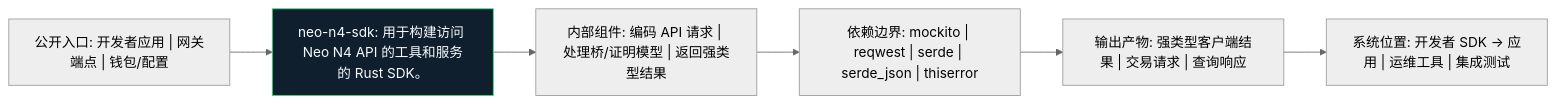
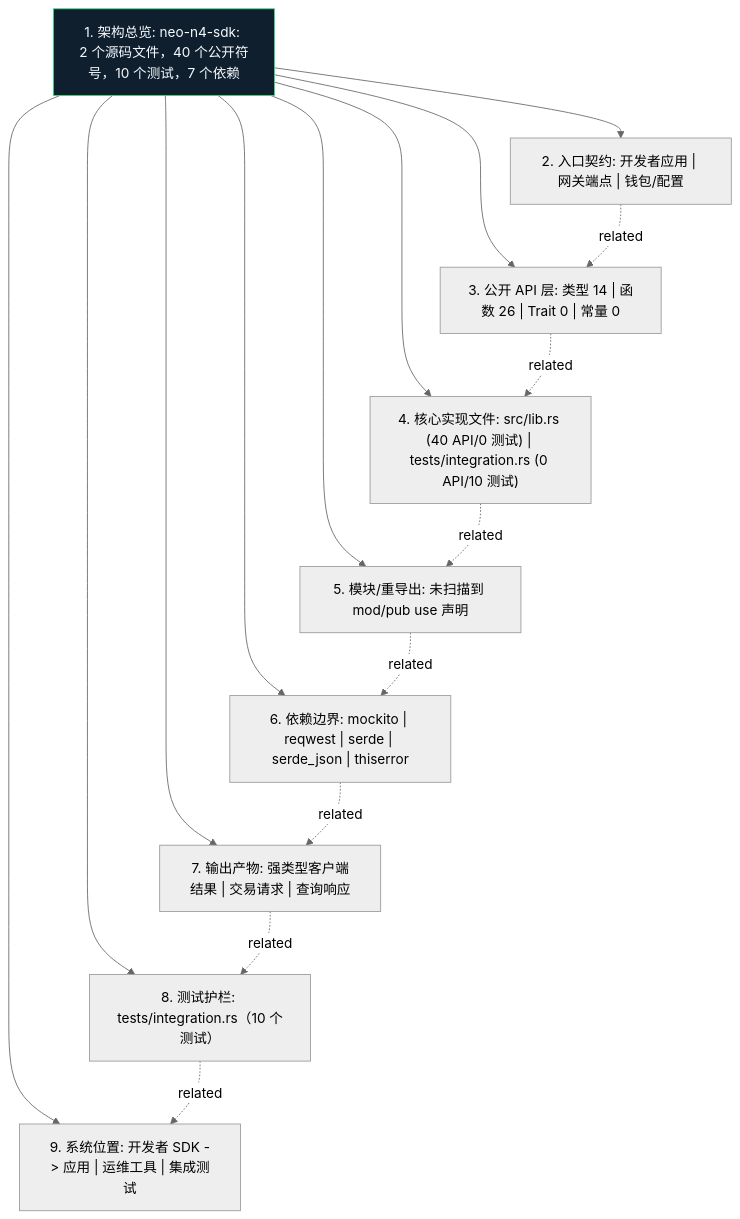
Before and after one commit to r3e-network/neo-n4: the diagram in sdk/rust/docs/figures/architecture.zh.mmd, drawn with Mermaid (neutral theme). The commit also changed 355 other files, not shown here.

Commit message:
Deepen crate diagrams with source-aware atlas

```diff
--- a/sdk/rust/docs/figures/architecture.zh.mmd
+++ b/sdk/rust/docs/figures/architecture.zh.mmd
@@ -1,14 +1,27 @@
-flowchart LR
-    N1["公开入口: 开发者应用 | 网关端点 | 钱包/配置"]
-    N2["neo-n4-sdk: 用于构建访问 Neo N4 API 的工具和服务的 Rust SDK。"]
-    N3["内部组件: 编码 API 请求 | 处理桥/证明模型 | 返回强类型结果"]
-    N4["依赖边界: mockito | reqwest | serde | serde_json | thiserror"]
-    N5["输出产物: 强类型客户端结果 | 交易请求 | 查询响应"]
-    N6["系统位置: 开发者 SDK -> 应用 | 运维工具 | 集成测试"]
+flowchart TB
+    N1["1. 架构总览: neo-n4-sdk: 2 个源码文件，40 个公开符号，10 个测试，7 个依赖"]
+    N2["2. 入口契约: 开发者应用 | 网关端点 | 钱包/配置"]
+    N3["3. 公开 API 层: 类型 14 | 函数 26 | Trait 0 | 常量 0"]
+    N4["4. 核心实现文件: src/lib.rs (40 API/0 测试) | tests/integration.rs (0 API/10 测试)"]
+    N5["5. 模块/重导出: 未扫描到 mod/pub use 声明"]
+    N6["6. 依赖边界: mockito | reqwest | serde | serde_json | thiserror"]
+    N7["7. 输出产物: 强类型客户端结果 | 交易请求 | 查询响应"]
+    N8["8. 测试护栏: tests/integration.rs（10 个测试）"]
+    N9["9. 系统位置: 开发者 SDK -> 应用 | 运维工具 | 集成测试"]
     N1 --> N2
-    N2 --> N3
-    N3 --> N4
-    N4 --> N5
-    N5 --> N6
+    N1 --> N3
+    N1 --> N4
+    N1 --> N5
+    N1 --> N6
+    N1 --> N7
+    N1 --> N8
+    N1 --> N9
+    N2 -. related .-> N3
+    N3 -. related .-> N4
+    N4 -. related .-> N5
+    N5 -. related .-> N6
+    N6 -. related .-> N7
+    N7 -. related .-> N8
+    N8 -. related .-> N9
     classDef crate fill:#101f2d,stroke:#38d978,color:#f6fbff
-    class N2 crate
+    class N1 crate
```
